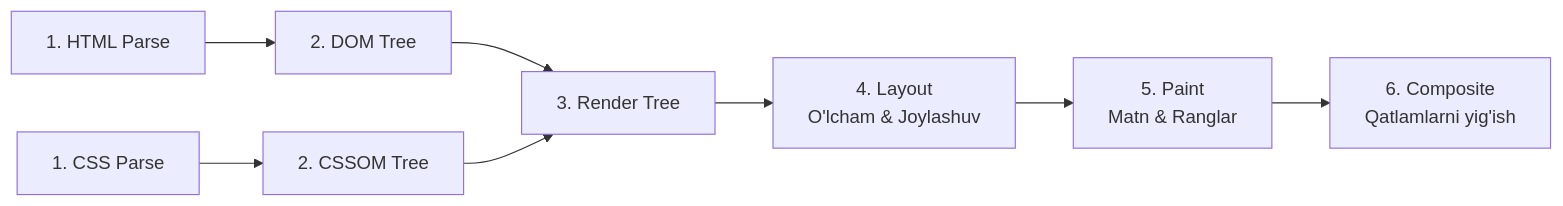
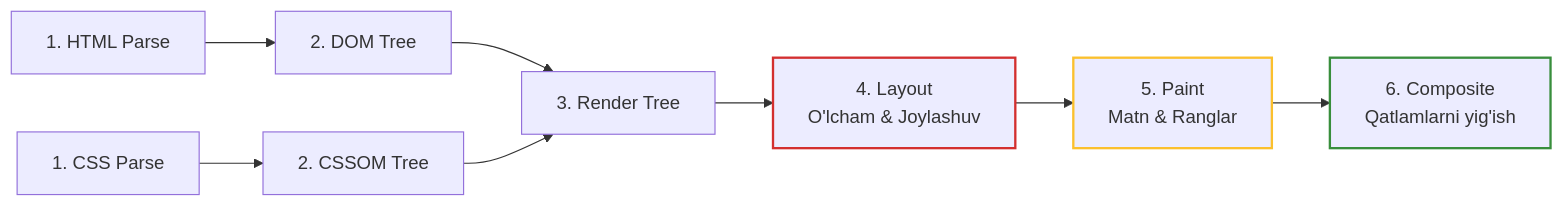
Before and after one commit to nusretoglu/senior-frontend-roadmap: the diagram in docs/02-browser-internals/01-rendering-pipeline.md, drawn with Mermaid. The commit also changed other lines of this file and 143 other files, not shown here.

````diff
--- a/docs/02-browser-internals/01-rendering-pipeline.md
+++ b/docs/02-browser-internals/01-rendering-pipeline.md
@@ -24,10 +101,14 @@
 ```mermaid
 flowchart LR
     HTML[1. HTML Parse] --> DOM[2. DOM Tree]
     CSS[1. CSS Parse] --> CSSOM[2. CSSOM Tree]
     DOM --> RT[3. Render Tree]
     CSSOM --> RT
     RT --> Layout[4. Layout <br/> O'lcham & Joylashuv]
     Layout --> Paint[5. Paint <br/> Matn & Ranglar]
     Paint --> Comp[6. Composite <br/> Qatlamlarni yig'ish]
+    
+    style Layout stroke:#d32f2f,stroke-width:2px
+    style Paint stroke:#fbc02d,stroke-width:2px
+    style Comp stroke:#388e3c,stroke-width:2px
 ```
````
